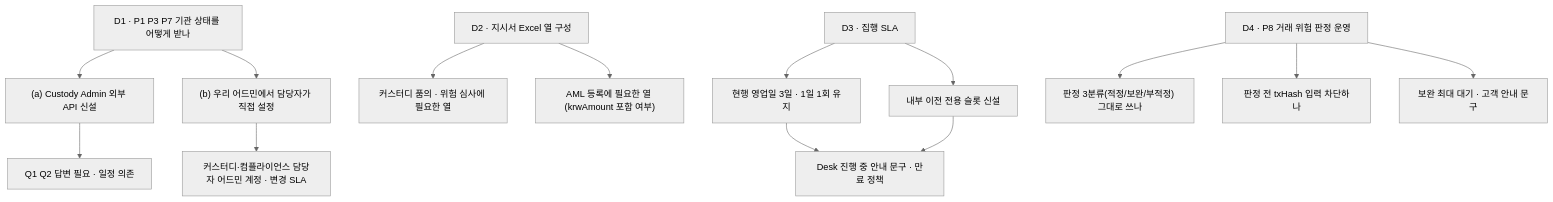
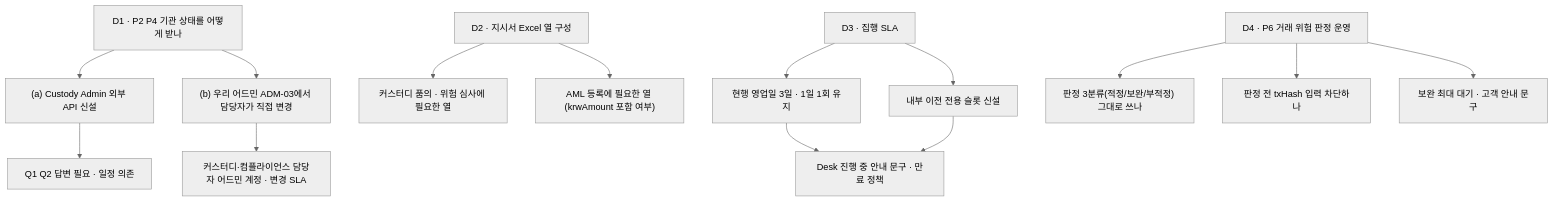
One commit to dsrvlabs/dsrv-desk changed the eighth of 8 diagrams in drafts/36_플랫폼_커스터디_연동_범위_설명자료.md. Above: the diagram before and after it, drawn with Mermaid (neutral theme). The commit also changed other lines of this file and 7 other files, not shown here.

First line of the commit message:
커스터디 연동 방식 확정 반영 — 기관 등록(customerNo·수탁 지갑 주소) 초대 시 입력 · 식별자 customerNo 일원화 · 사고·차단 전달 삭제 · KYC 조회 시점 다이어그램 (2026-09-07(21))

````diff
--- a/drafts/36_플랫폼_커스터디_연동_범위_설명자료.md
+++ b/drafts/36_플랫폼_커스터디_연동_범위_설명자료.md
@@ -319,15 +400,15 @@
 ```mermaid
 flowchart TD
-  D1["D1 · P1 P3 P7 기관 상태를 어떻게 받나"]
-  D1 --> D1a["(a) Custody Admin 외부 API 신설"] & D1b["(b) 우리 어드민에서 담당자가 직접 설정"]
+  D1["D1 · P2 P4 기관 상태를 어떻게 받나"]
+  D1 --> D1a["(a) Custody Admin 외부 API 신설"] & D1b["(b) 우리 어드민 ADM-03에서 담당자가 직접 변경"]
   D1a --> E1["Q1 Q2 답변 필요 · 일정 의존"]
   D1b --> E1b["커스터디·컴플라이언스 담당자 어드민 계정 · 변경 SLA"]
   D2["D2 · 지시서 Excel 열 구성"]
   D2 --> D2a["커스터디 품의 · 위험 심사에 필요한 열"] & D2b["AML 등록에 필요한 열 (krwAmount 포함 여부)"]
   D3["D3 · 집행 SLA"]
   D3 --> D3a["현행 영업일 3일 · 1일 1회 유지"] & D3b["내부 이전 전용 슬롯 신설"]
   D3a --> E3["Desk 진행 중 안내 문구 · 만료 정책"]
   D3b --> E3
-  D4["D4 · P8 거래 위험 판정 운영"]
+  D4["D4 · P6 거래 위험 판정 운영"]
   D4 --> D4a["판정 3분류(적정/보완/부적정) 그대로 쓰나"] & D4b["판정 전 txHash 입력 차단하나"] & D4c["보완 최대 대기 · 고객 안내 문구"]
 ```
````
